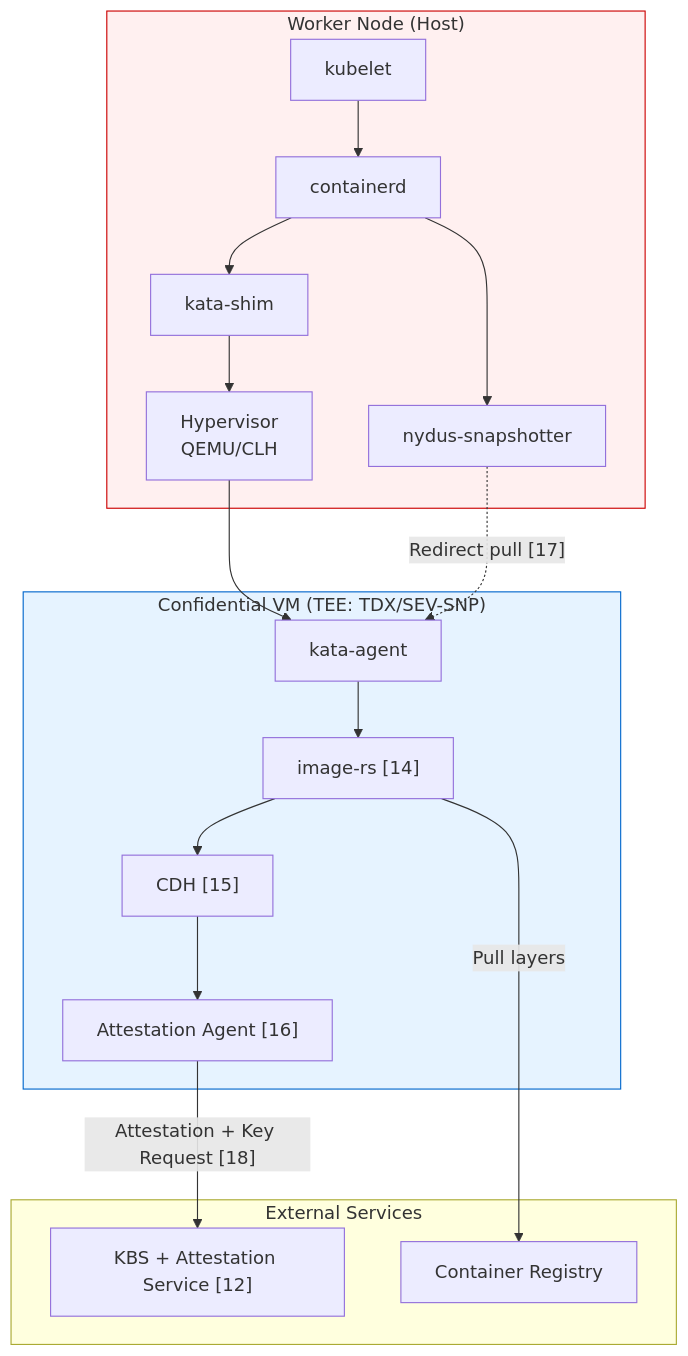
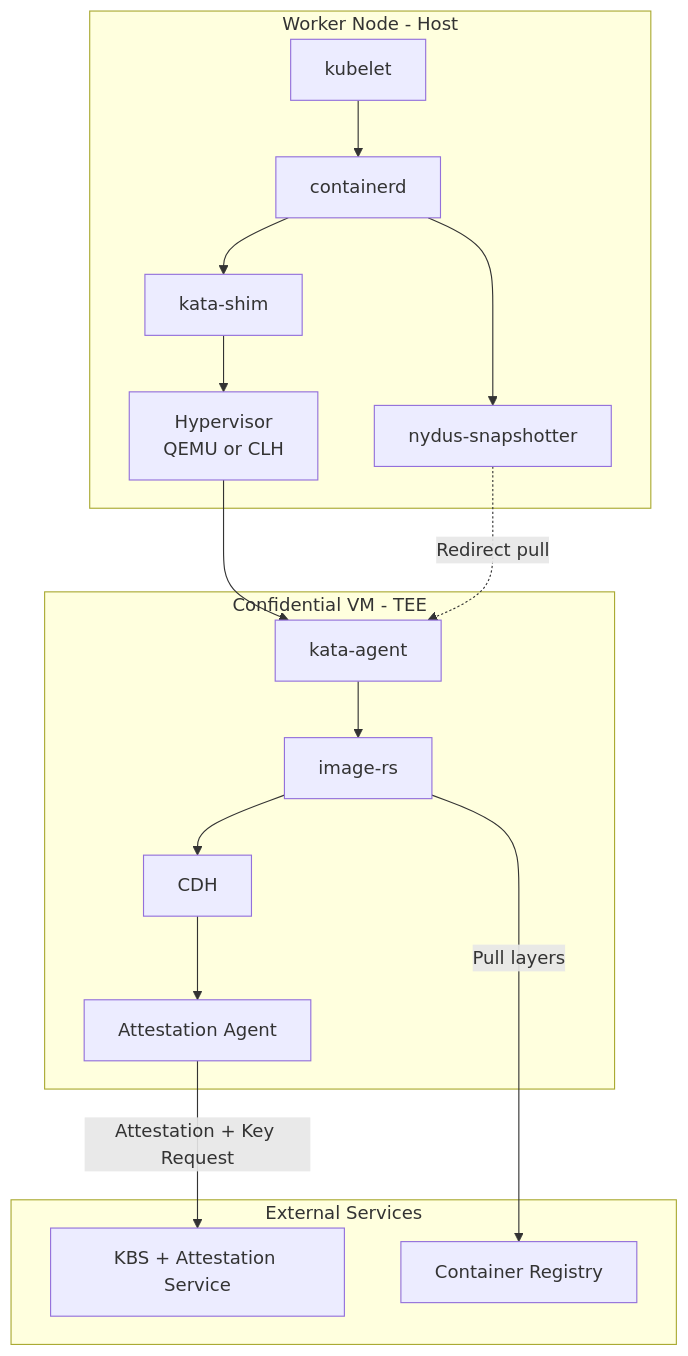
Before and after one commit to scontain/encrypted_container_images: the fifth of 15 diagrams in PROPOSAL.md, drawn with Mermaid. The commit also changed other lines of this file, not shown here.

````diff
--- a/PROPOSAL.md
+++ b/PROPOSAL.md
@@ -233,39 +224,38 @@
 ```mermaid
 flowchart TB
-    subgraph Host["Worker Node (Host)"]
+    subgraph Host["Worker Node - Host"]
         K[kubelet]
         C[containerd]
         KS[kata-shim]
         NS[nydus-snapshotter]
-        HV[Hypervisor<br/>QEMU/CLH]
+        HV[Hypervisor<br/>QEMU or CLH]
     end
-    
-    subgraph TEE["Confidential VM (TEE: TDX/SEV-SNP)"]
+
+    subgraph TEE["Confidential VM - TEE"]
         KA[kata-agent]
-        IR["image-rs [14]"]
-        CDH["CDH [15]"]
-        AA["Attestation Agent [16]"]
+        IR["image-rs"]
+        CDH["CDH"]
+        AA["Attestation Agent"]
     end
-    
+
     subgraph External["External Services"]
-        KBS["KBS + Attestation Service [12]"]
+        KBS["KBS + Attestation Service"]
         REG[Container Registry]
     end
-    
+
     K --> C
     C --> KS
     C --> NS
     KS --> HV
     HV --> KA
-    NS -.->|"Redirect pull [17]"| KA
-    
+    NS -.->|"Redirect pull"| KA
+
     KA --> IR
     IR --> CDH
     CDH --> AA
-    
+
     IR -->|"Pull layers"| REG
-    AA -->|"Attestation + Key Request [18]"| KBS
-    
-    style TEE fill:#E6F3FF,stroke:#0066CC
-    style Host fill:#FFF0F0,stroke:#CC0000
+    AA -->|"Attestation + Key Request"| KBS
+
+   
 ```
````
